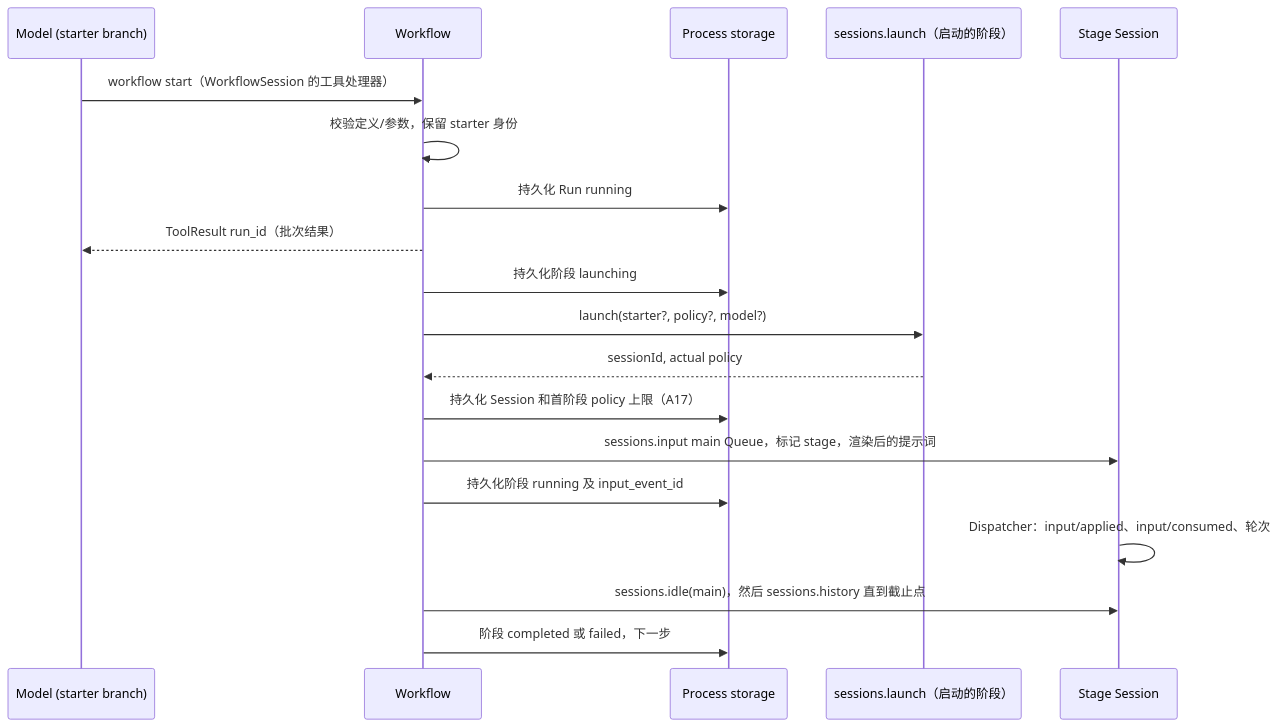
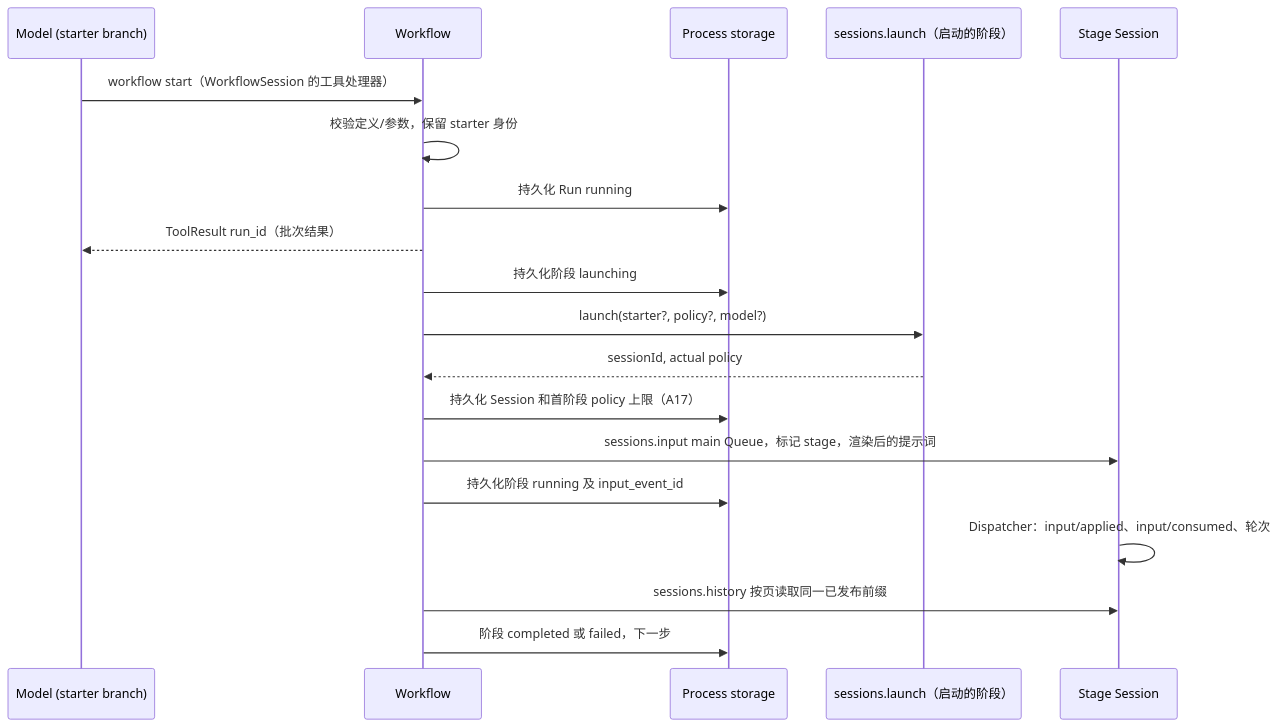
Before and after one commit to CoutinhoTTS/dim-agent: the third of 6 diagrams in docs/zh/design/plugins/Workflow.md, drawn with Mermaid. The commit also changed other lines of this file and 3 other files, not shown here.

````diff
--- a/docs/zh/design/plugins/Workflow.md
+++ b/docs/zh/design/plugins/Workflow.md
@@ -112,21 +112,21 @@
 ```mermaid
 sequenceDiagram
   participant M as Model (starter branch)
   participant WF as Workflow
   participant ST as Process storage
   participant AG as sessions.launch（启动的阶段）
   participant SS as Stage Session
   M->>WF: workflow start（WorkflowSession 的工具处理器）
   WF->>WF: 校验定义/参数，保留 starter 身份
   WF->>ST: 持久化 Run running
   WF-->>M: ToolResult run_id（批次结果）
   WF->>ST: 持久化阶段 launching
   WF->>AG: launch(starter?, policy?, model?)
   AG-->>WF: sessionId, actual policy
   WF->>ST: 持久化 Session 和首阶段 policy 上限（A17）
   WF->>SS: sessions.input main Queue，标记 stage，渲染后的提示词
   WF->>ST: 持久化阶段 running 及 input_event_id
   SS->>SS: Dispatcher：input/applied、input/consumed、轮次
-  WF->>SS: sessions.idle(main)，然后 sessions.history 直到截止点
+  WF->>SS: sessions.history 按页读取同一已发布前缀
   WF->>ST: 阶段 completed 或 failed，下一步
 ```
````
